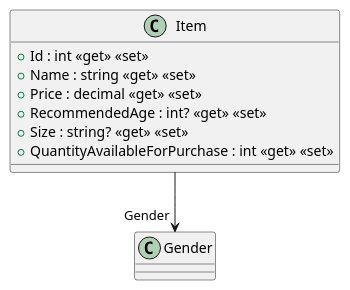
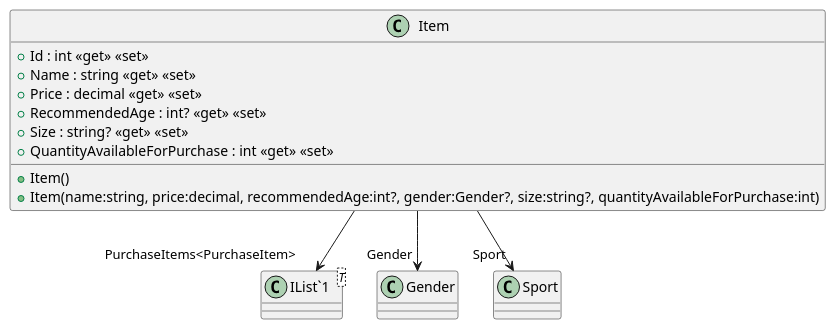
One commit to SEII2627SEALLUAN/SEII2627SEALLUAN changed the diagram in src/AppForSEII.API/ClassDiagram/Item.puml. Above: the diagram before and after it, drawn with PlantUML. The commit also changed 10 other files, not shown here.

```diff
--- a/src/AppForSEII.API/ClassDiagram/Item.puml
+++ b/src/AppForSEII.API/ClassDiagram/Item.puml
@@ -1,11 +1,17 @@
 @startuml
 class Item {
+    + Item()
+    + Item(name:string, price:decimal, recommendedAge:int?, gender:Gender?, size:string?, quantityAvailableForPurchase:int)
     + Id : int <<get>> <<set>>
     + Name : string <<get>> <<set>>
     + Price : decimal <<get>> <<set>>
     + RecommendedAge : int? <<get>> <<set>>
     + Size : string? <<get>> <<set>>
     + QuantityAvailableForPurchase : int <<get>> <<set>>
 }
+class "IList`1"<T> {
+}
 Item --> "Gender" Gender
+Item --> "PurchaseItems<PurchaseItem>" "IList`1"
+Item --> "Sport" Sport
 @enduml
```
